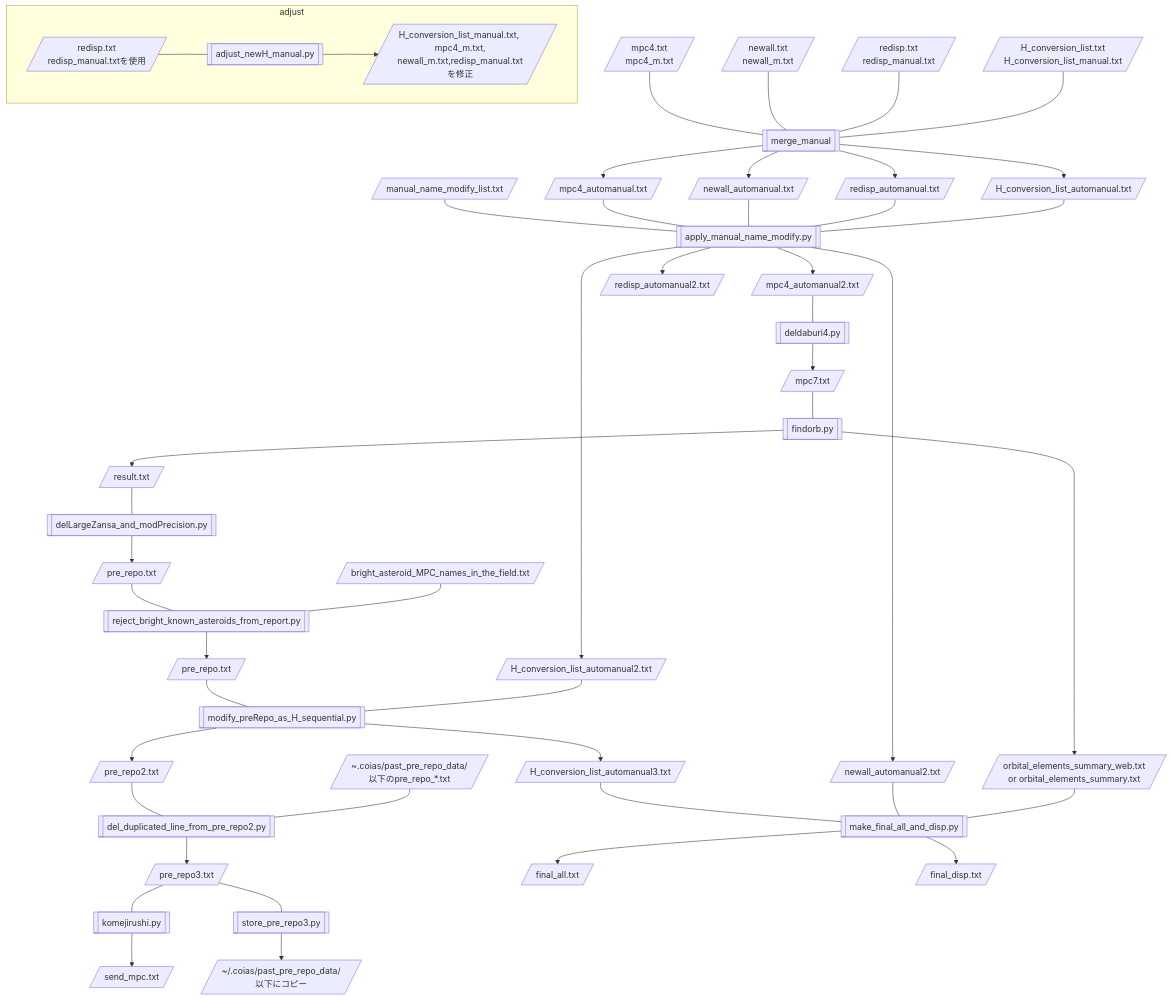
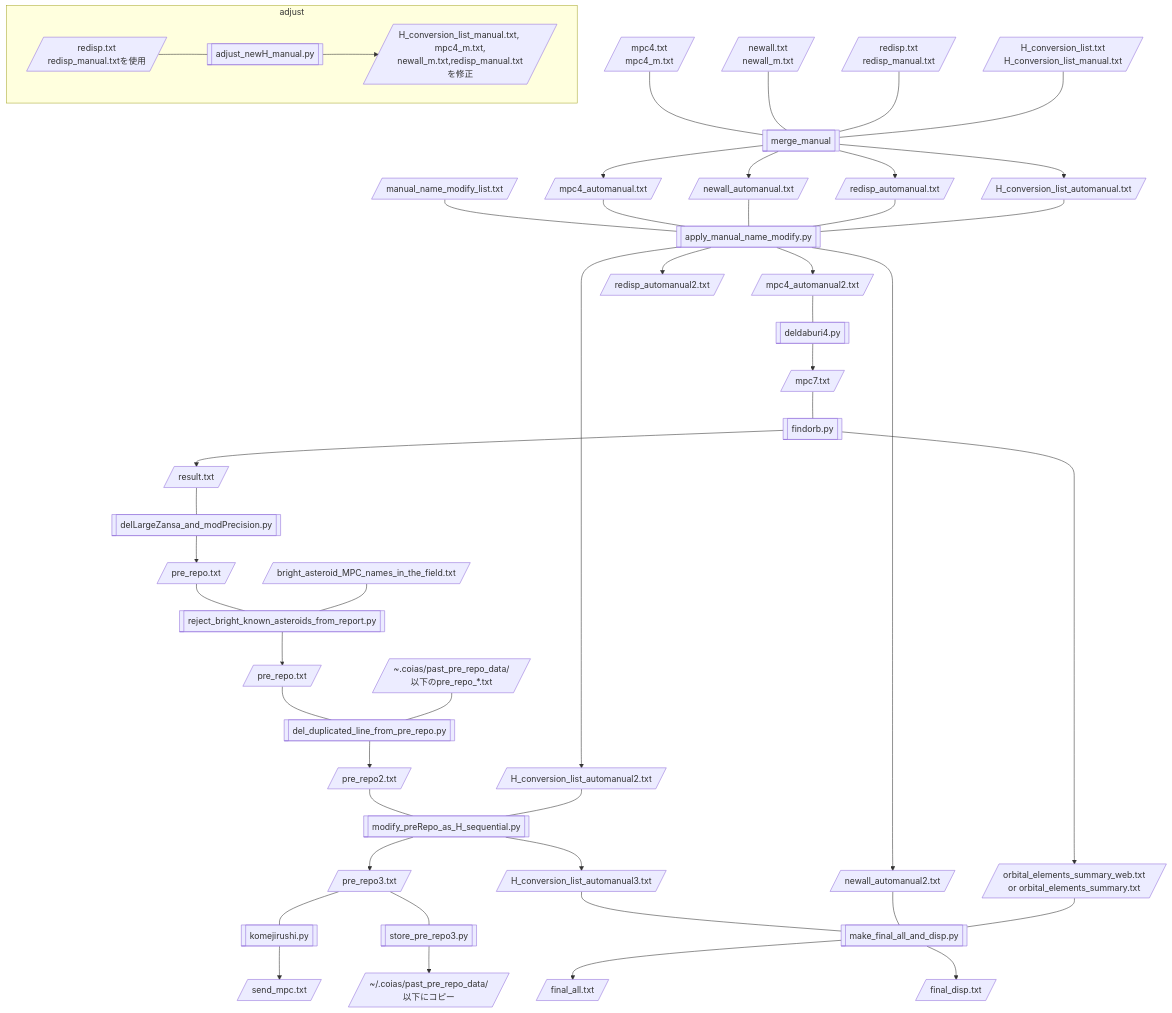
The diagram in flowcharts/flowchart7-AstsearchR_afterReCOIAS.md (COIAS-program/COIAS_program_github), drawn with Mermaid before and after one commit. The commit also changed 5 other files, not shown here.

```diff
--- a/flowcharts/flowchart7-AstsearchR_afterReCOIAS.md
+++ b/flowcharts/flowchart7-AstsearchR_afterReCOIAS.md
@@ -35,16 +35,16 @@
     U --- V[[reject_bright_known_asteroids_from_report.py]]
     V --> W[/pre_repo.txt/]
     X[/bright_asteroid_MPC_names_in_the_field.txt/] --- V
-    W --- Y[[modify_preRepo_as_H_sequential.py]]
-    Y --> Z[/pre_repo2.txt/]
+	W --- b[[del_duplicated_line_from_pre_repo.py]]
+	c[/"~".coias/past_pre_repo_data/\n以下のpre_repo_*.txt/] --- b
+	b --> d[/pre_repo2.txt/]
+    d --- Y[[modify_preRepo_as_H_sequential.py]]
+    Y --> Z[/pre_repo3.txt/]
     Y --> a[/H_conversion_list_automanual3.txt/]
     N --- Y
-    Z --- b[[del_duplicated_line_from_pre_repo2.py]]
-    c[/"~".coias/past_pre_repo_data/\n以下のpre_repo_*.txt/] --- b
-    b --> d[/pre_repo3.txt/]
-    d --- e[[komejirushi.py]]
+    Z --- e[[komejirushi.py]]
     e --> f[/send_mpc.txt/]
-    d --- g[[store_pre_repo3.py]]
+    Z --- g[[store_pre_repo3.py]]
     g --> h[/"~"/.coias/past_pre_repo_data/以下にコピー/]
     a --- i[[make_final_all_and_disp.py]]
     L --- i
@@ -79,10 +79,10 @@
     click U "https://github.com/COIAS-program/COIAS_program_github/blob/main/flowcharts/sample7/pre_repo.txt"
     click W "https://github.com/COIAS-program/COIAS_program_github/blob/main/flowcharts/sample7/pre_repo.txt"
     click X "https://github.com/COIAS-program/COIAS_program_github/blob/main/flowcharts/sample2/bright_asteroid_MPC_names_in_the_field.txt"
-    click Z "https://github.com/COIAS-program/COIAS_program_github/blob/main/flowcharts/sample7/pre_repo2.txt"
+    click Z "https://github.com/COIAS-program/COIAS_program_github/blob/main/flowcharts/sample7/pre_repo3.txt"
     click a "https://github.com/COIAS-program/COIAS_program_github/blob/main/flowcharts/sample7/H_conversion_list_automanual3.txt"
     click c "https://github.com/COIAS-program/COIAS_program_github/blob/main/flowcharts/sample7/pre_repo3_sample.txt"
-    click d "https://github.com/COIAS-program/COIAS_program_github/blob/main/flowcharts/sample7/pre_repo3.txt"
+    click d "https://github.com/COIAS-program/COIAS_program_github/blob/main/flowcharts/sample7/pre_repo2.txt"
     click f "https://github.com/COIAS-program/COIAS_program_github/blob/main/flowcharts/sample7/send_mpc.txt"
     click j "https://github.com/COIAS-program/COIAS_program_github/blob/main/flowcharts/sample7/final_all.txt"
     click k "https://github.com/COIAS-program/COIAS_program_github/blob/main/flowcharts/sample7/final_disp.txt"
```
